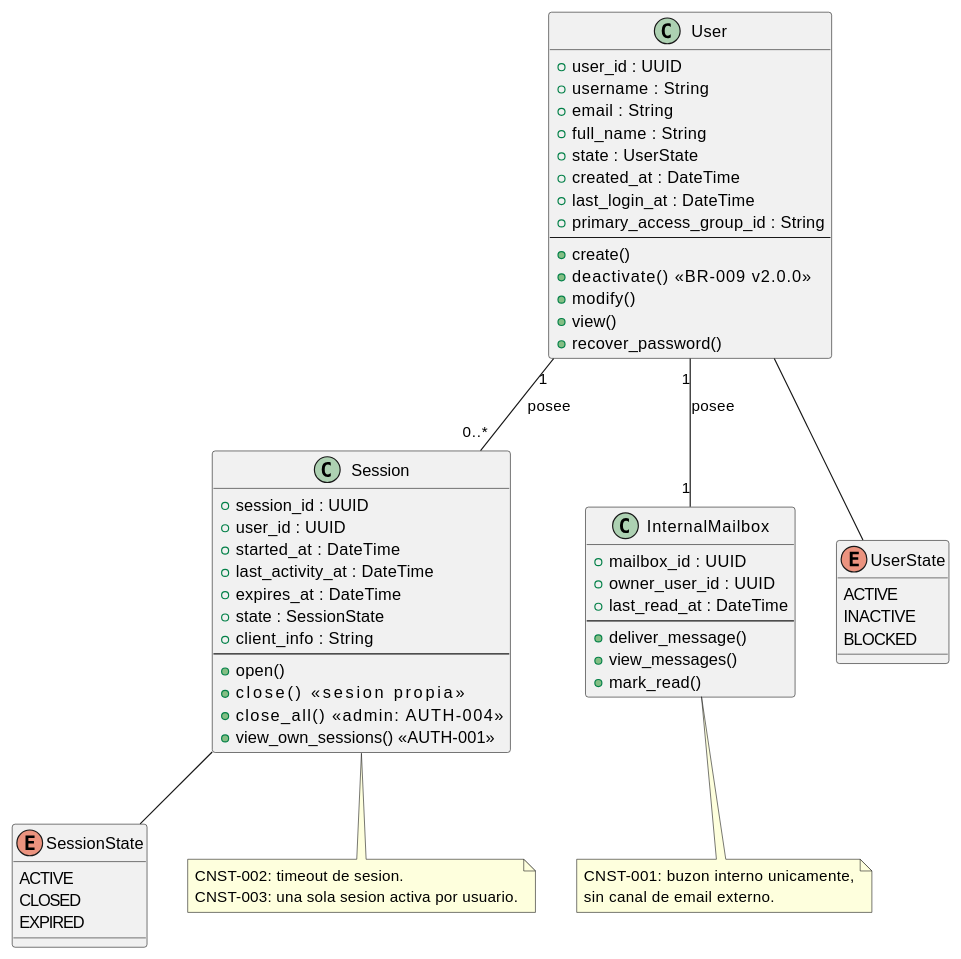
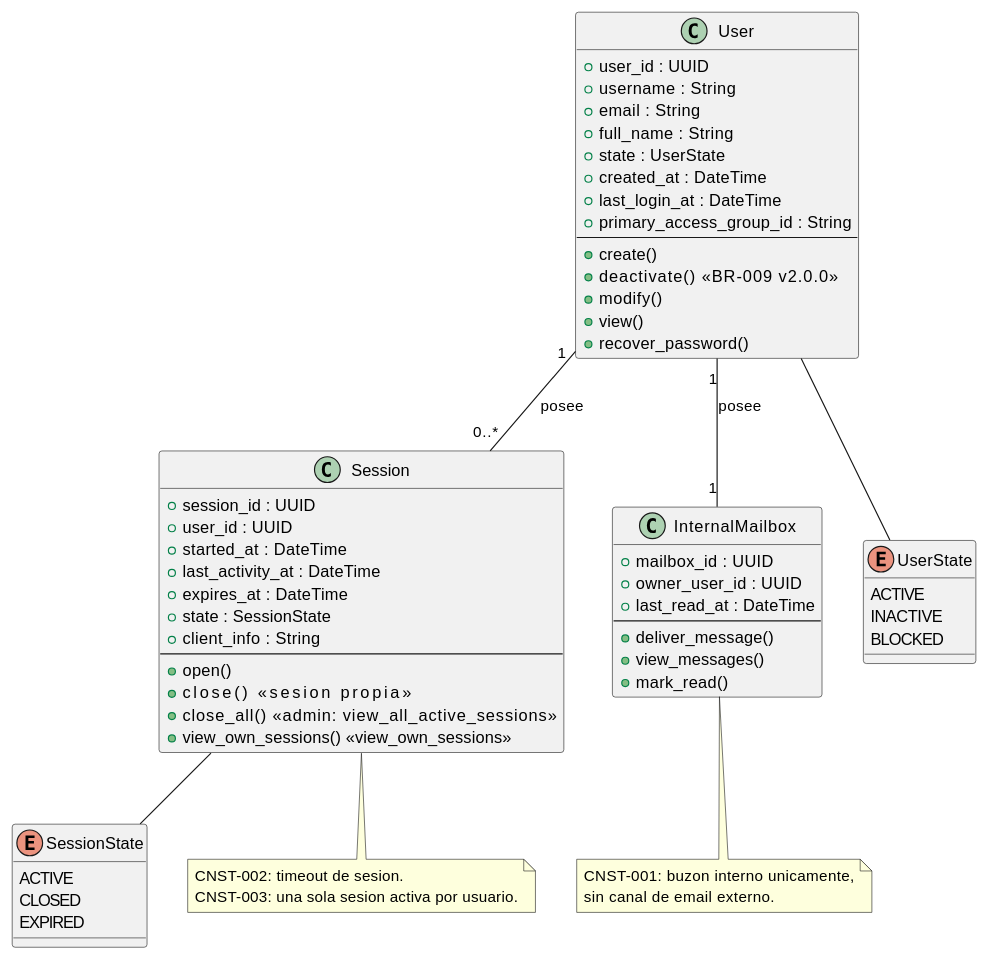
Before and after one commit to jcg-admin/IACT-docs: the diagram in source/arquitectura-tecnica/bounded-contexts/bounded-context-auth.rst, drawn with PlantUML. The commit also changed 12 other files, not shown here.

```diff
--- a/source/arquitectura-tecnica/bounded-contexts/bounded-context-auth.rst
+++ b/source/arquitectura-tecnica/bounded-contexts/bounded-context-auth.rst
@@ -27,76 +27,76 @@
 .. uml::
  :caption: Bounded context Auth — usuarios, sesiones y buzon
            interno.
 
  @startuml
 
  class User {
    + user_id : UUID
    + username : String
    + email : String
    + full_name : String
    + state : UserState
    + created_at : DateTime
    + last_login_at : DateTime
    + primary_access_group_id : String
    --
    + create()
    + deactivate()       <<BR-009 v2.0.0>>
    + modify()
    + view()
    + recover_password()
  }
 
  class Session {
    + session_id : UUID
    + user_id : UUID
    + started_at : DateTime
    + last_activity_at : DateTime
    + expires_at : DateTime
    + state : SessionState
    + client_info : String
    --
    + open()
    + close()              <<sesion propia>>
-   + close_all()          <<admin: AUTH-004>>
-   + view_own_sessions()  <<AUTH-001>>
+   + close_all()          <<admin: view_all_active_sessions>>
+   + view_own_sessions()  <<view_own_sessions>>
  }
 
  class InternalMailbox {
    + mailbox_id : UUID
    + owner_user_id : UUID
    + last_read_at : DateTime
    --
    + deliver_message()
    + view_messages()
    + mark_read()
  }
 
  enum UserState {
    ACTIVE
    INACTIVE
    BLOCKED
  }
 
  enum SessionState {
    ACTIVE
    CLOSED
    EXPIRED
  }
 
  User "1" -- "0..*" Session            : posee
  User "1" -- "1"    InternalMailbox    : posee
  User -- UserState
  Session -- SessionState
 
  note bottom of Session
    CNST-002: timeout de sesion.
    CNST-003: una sola sesion activa por usuario.
  end note
 
  note bottom of InternalMailbox
    CNST-001: buzon interno unicamente,
    sin canal de email externo.
  end note
 
  @enduml
```
